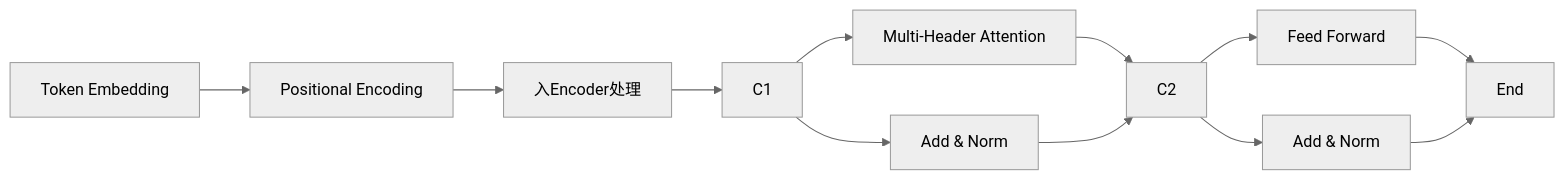
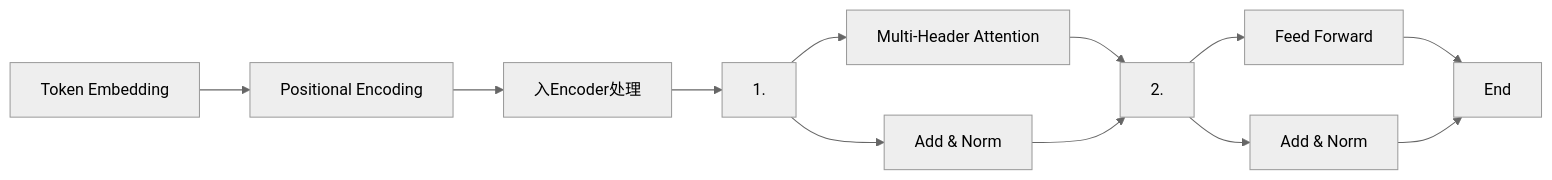
One commit to feicuimeipo/LLM_GPT_DOC changed the first of 2 diagrams in 大语言模型LLM与chatGPT实战/1.深度学习基本概念/15_深度学习的经典模型_Transformer.md. Above: the diagram before and after it, drawn with Mermaid (neutral theme). The commit also changed other lines of this file and 58 other files, not shown here.

````diff
--- a/大语言模型LLM与chatGPT实战/1.深度学习基本概念/15_深度学习的经典模型_Transformer.md
+++ b/大语言模型LLM与chatGPT实战/1.深度学习基本概念/15_深度学习的经典模型_Transformer.md
@@ -628,19 +689,19 @@
 ```mermaid
 graph LR
 A[Token Embedding] --> B[Positional Encoding] -->  C[入Encoder处理]
 
-C --> C1 
+C -->  
 
-C1 --> D[Multi-Header Attention] 
-C1 --> E[Add & Norm]
+1. --> D[Multi-Header Attention] 
+1. --> E[Add & Norm]
 
-C2 --> F[Feed Forward]
-C2 --> G[Add & Norm]
+2. --> F[Feed Forward]
+2. --> G[Add & Norm]
 
-D --> C2
-E --> C2
+D --> 2.
+E --> 2.
 
 F --> End[End]
 G --> End[End]
 
 ```
````
